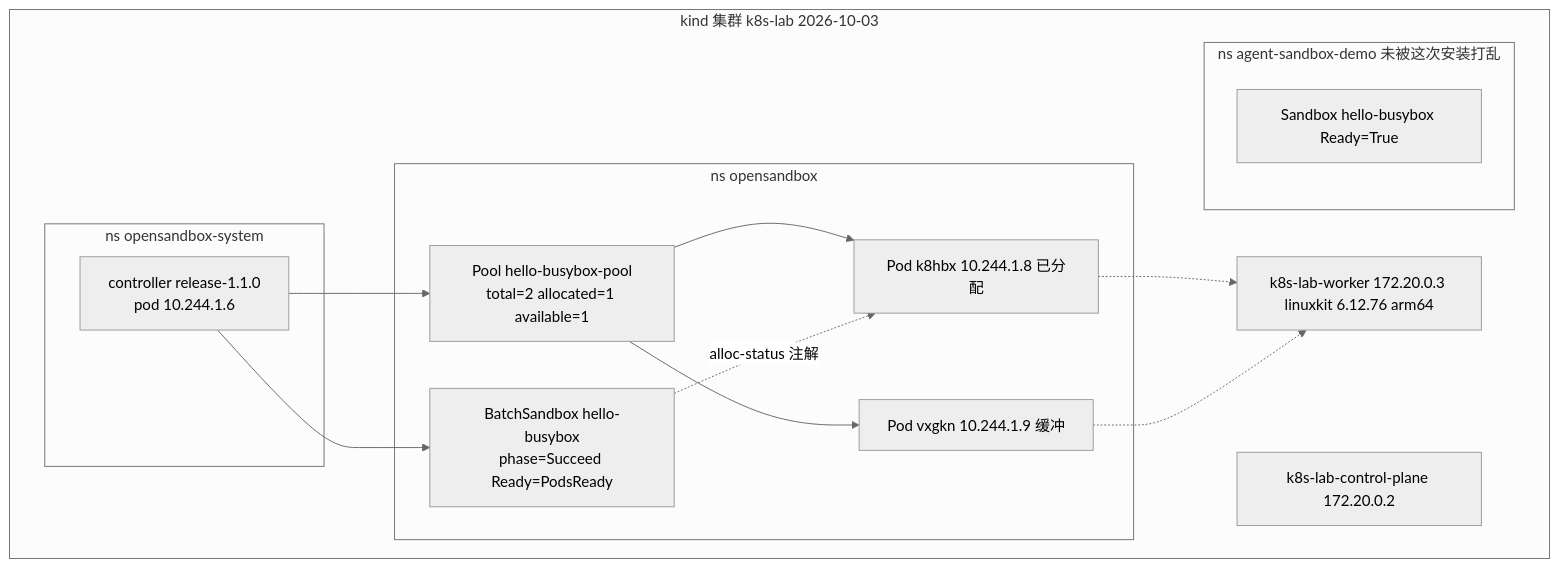
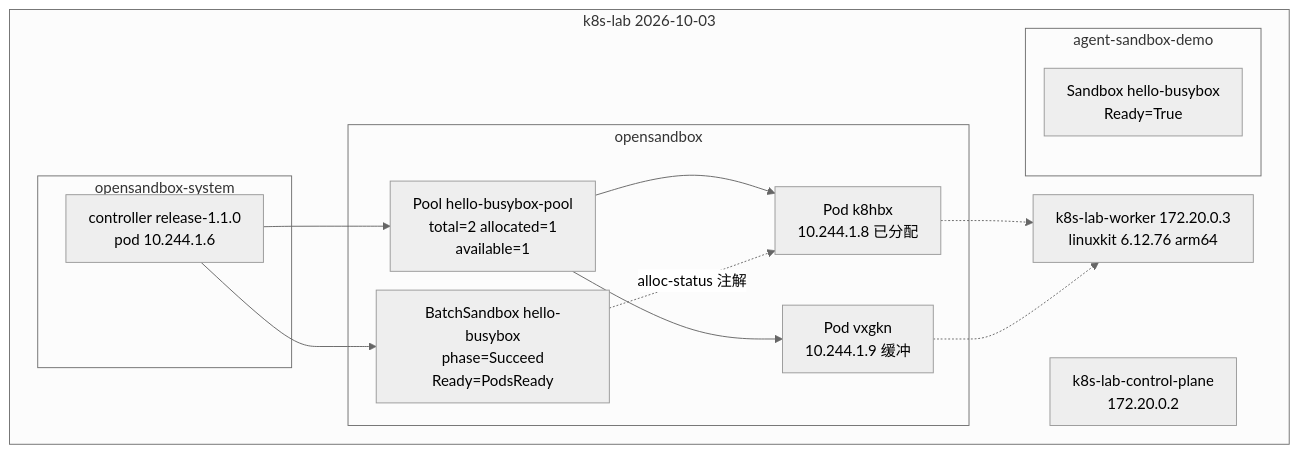
One commit to forrestIsRunning/kind-k8s-learning changed the seventh of 7 diagrams in docs/opensandbox-operator.md. Above: the diagram before and after it, drawn with Mermaid (neutral theme). The commit also changed other lines of this file and 2 other files, not shown here.

Commit message:
Stop mermaid diagrams from clipping labels and bottoms.

````diff
--- a/docs/opensandbox-operator.md
+++ b/docs/opensandbox-operator.md
@@ -359,30 +418,40 @@
 ```mermaid
+---
+config:
+  flowchart:
+    htmlLabels: true
+    wrappingWidth: 200
+    padding: 12
+    useMaxWidth: false
+    rankSpacing: 35
+    nodeSpacing: 20
+---
 flowchart TB
-  subgraph kind["kind 集群 k8s-lab  2026-10-03"]
-    CP["k8s-lab-control-plane 172.20.0.2"]
-    WK["k8s-lab-worker 172.20.0.3 linuxkit 6.12.76 arm64"]
+  subgraph kind["k8s-lab 2026-10-03"]
+    CP["k8s-lab-control-plane<br/>172.20.0.2"]
+    WK["k8s-lab-worker 172.20.0.3<br/>linuxkit 6.12.76 arm64"]
 
-    subgraph sys["ns opensandbox-system"]
+    subgraph sys["opensandbox-system"]
       CTRL["controller release-1.1.0<br/>pod 10.244.1.6"]
     end
 
-    subgraph demo["ns opensandbox"]
-      POOL["Pool hello-busybox-pool<br/>total=2 allocated=1 available=1"]
-      BS["BatchSandbox hello-busybox<br/>phase=Succeed Ready=PodsReady"]
-      P1["Pod k8hbx 10.244.1.8 已分配"]
-      P2["Pod vxgkn 10.244.1.9 缓冲"]
+    subgraph demo["opensandbox"]
+      POOL["Pool hello-busybox-pool<br/>total=2 allocated=1<br/>available=1"]
+      BS["BatchSandbox hello-busybox<br/>phase=Succeed<br/>Ready=PodsReady"]
+      P1["Pod k8hbx<br/>10.244.1.8 已分配"]
+      P2["Pod vxgkn<br/>10.244.1.9 缓冲"]
     end
 
-    subgraph as["ns agent-sandbox-demo 未被这次安装打乱"]
-      SB["Sandbox hello-busybox Ready=True"]
+    subgraph as["agent-sandbox-demo"]
+      SB["Sandbox hello-busybox<br/>Ready=True"]
     end
   end
 
   CTRL --> POOL
   CTRL --> BS
   POOL --> P1
   POOL --> P2
   BS -.->|"alloc-status 注解"| P1
   P1 -.-> WK
   P2 -.-> WK
 ```
````
